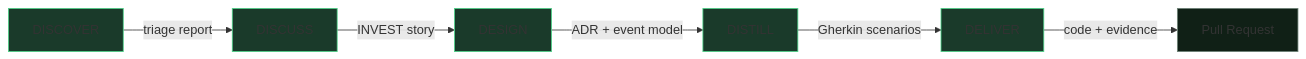
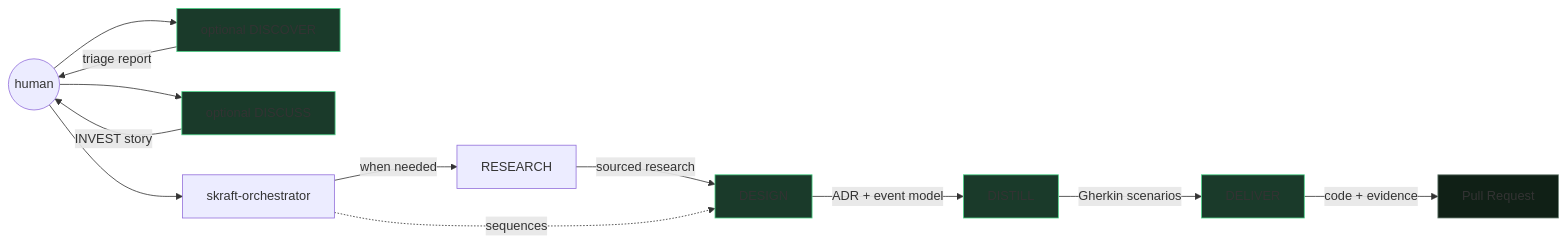
Before and after one commit to SebastienDegodez/skraft-plugin: the diagram in docs/site/en/explanation/hve-vs-skraft.md, drawn with Mermaid. The commit also changed other lines of this file and 3 other files, not shown here.

````diff
--- a/docs/site/en/explanation/hve-vs-skraft.md
+++ b/docs/site/en/explanation/hve-vs-skraft.md
@@ -23,14 +23,20 @@
 ```mermaid
 graph LR
-    D[DISCOVER] -->|triage report| DI[DISCUSS]
-    DI -->|INVEST story| DE[DESIGN]
+    H((human)) --> D[optional DISCOVER]
+    D -->|triage report| H
+    H --> DI[optional DISCUSS]
+    DI -->|INVEST story| H
+    H --> O[skraft-orchestrator]
+    O -->|when needed| R[RESEARCH]
+    R -->|sourced research| DE[DESIGN]
+    O -.sequences.-> DE
     DE -->|ADR + event model| DIS[DISTILL]
     DIS -->|Gherkin scenarios| DEL[DELIVER]
     DEL -->|code + evidence| PR[Pull Request]
     style D fill:#1a3a2a,stroke:#4ed58a
     style DI fill:#1a3a2a,stroke:#4ed58a
     style DE fill:#1a3a2a,stroke:#4ed58a
     style DIS fill:#1a3a2a,stroke:#4ed58a
     style DEL fill:#1a3a2a,stroke:#4ed58a
     style PR fill:#102016,stroke:#6f8478
 ```
````
